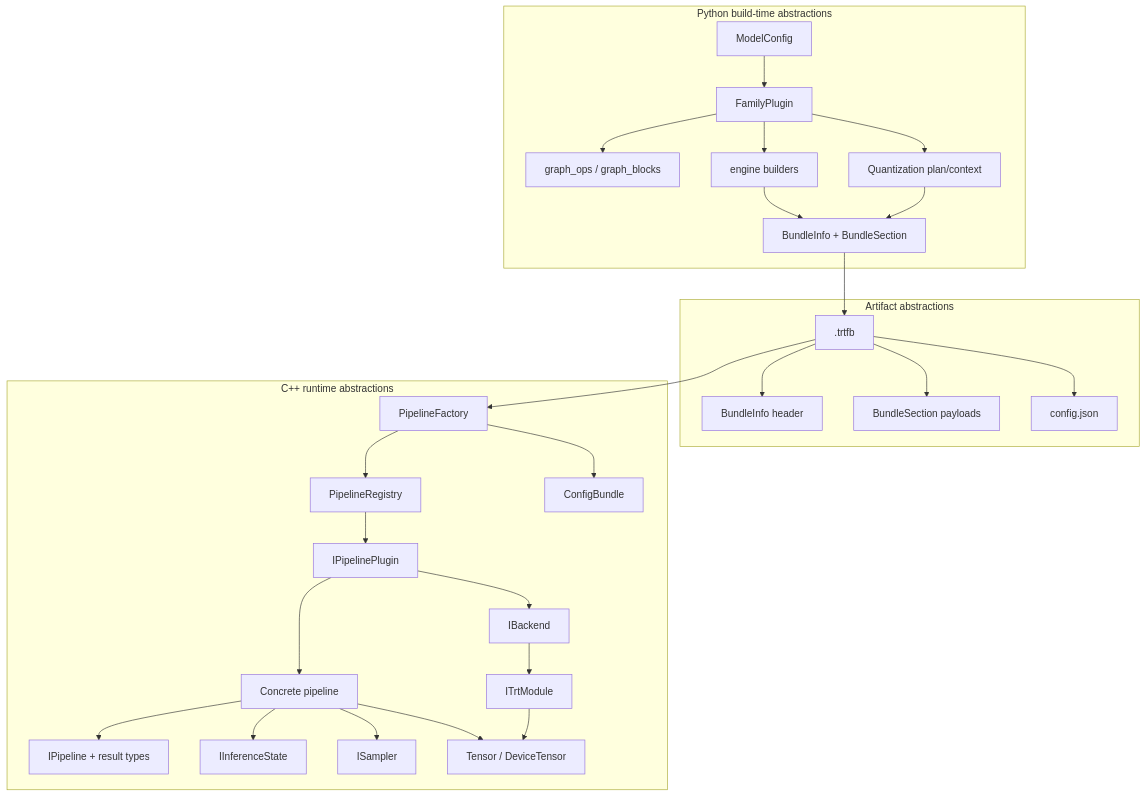
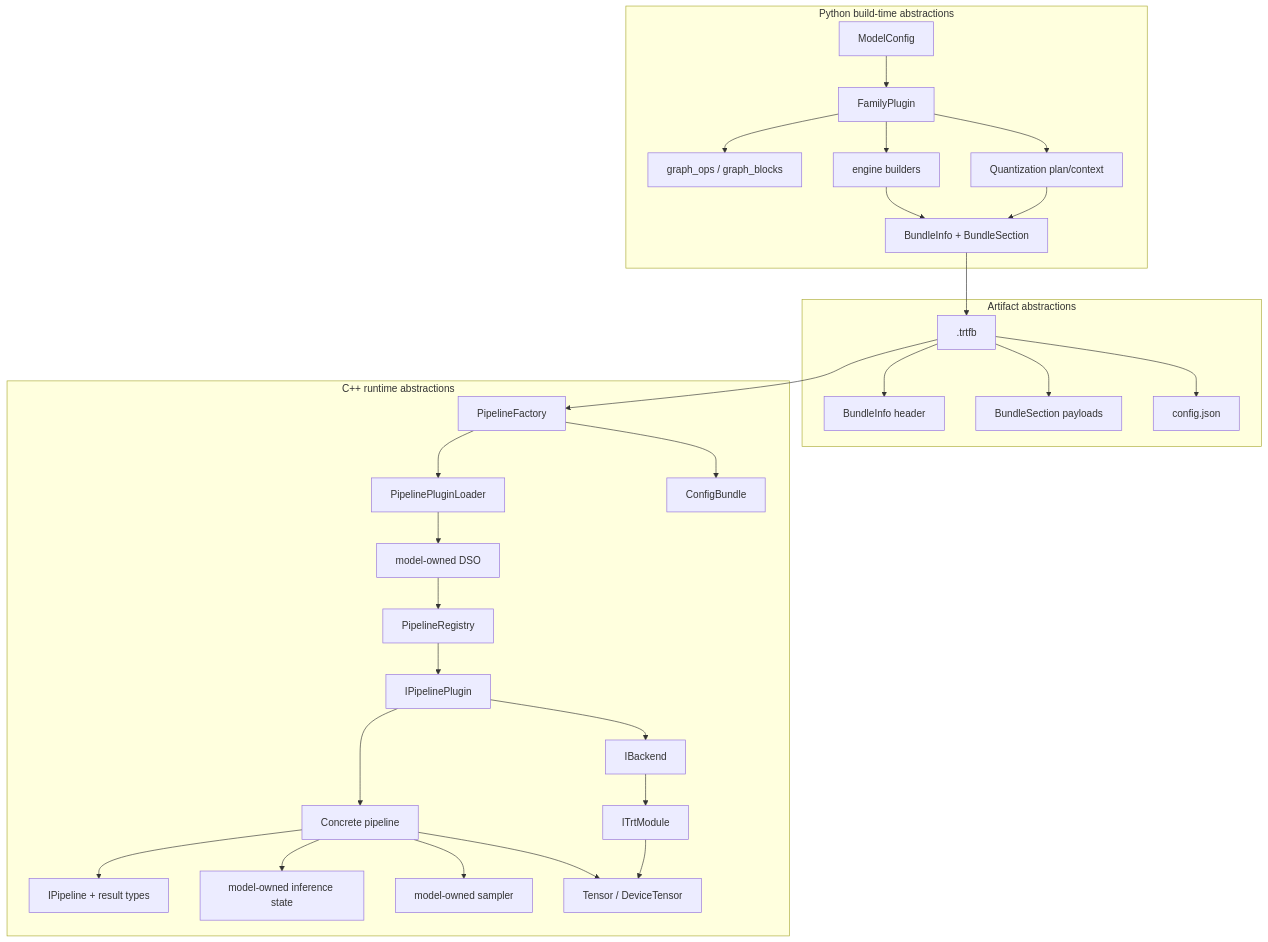
Before and after one commit to NVIDIA/TensorRT-Model-Connect: the second of 4 diagrams in website/docs/unit-design/building-blocks.md, drawn with Mermaid. The commit also changed other lines of this file and 104 other files, not shown here.

First line of the commit message:
docs: align documentation with current architecture

````diff
--- a/website/docs/unit-design/building-blocks.md
+++ b/website/docs/unit-design/building-blocks.md
@@ -43,55 +47,59 @@
 ```mermaid
 flowchart TB
   subgraph Python["Python build-time abstractions"]
     ModelConfig["ModelConfig"]
     FamilyPlugin["FamilyPlugin"]
     GraphOps["graph_ops / graph_blocks"]
     EngineBuilder["engine builders"]
     Quant["Quantization plan/context"]
     BundleWriter["BundleInfo + BundleSection"]
   end
 
   subgraph Artifact["Artifact abstractions"]
     Trtfb[".trtfb"]
     Header["BundleInfo header"]
     Section["BundleSection payloads"]
     ConfigJson["config.json"]
   end
 
   subgraph Cpp["C++ runtime abstractions"]
     API["IPipeline + result types"]
     Factory["PipelineFactory"]
+    Loader["PipelinePluginLoader"]
+    ModelDSO["model-owned DSO"]
     Registry["PipelineRegistry"]
     Plugin["IPipelinePlugin"]
     Backend["IBackend"]
     Module["ITrtModule"]
     Pipeline["Concrete pipeline"]
-    State["IInferenceState"]
-    Sampler["ISampler"]
+    State["model-owned inference state"]
+    Sampler["model-owned sampler"]
     Tensor["Tensor / DeviceTensor"]
     ConfigBundle["ConfigBundle"]
   end
 
   ModelConfig --> FamilyPlugin
   FamilyPlugin --> GraphOps
   FamilyPlugin --> EngineBuilder
   FamilyPlugin --> Quant
   EngineBuilder --> BundleWriter
   Quant --> BundleWriter
   BundleWriter --> Trtfb
   Trtfb --> Header
   Trtfb --> Section
   Trtfb --> ConfigJson
   Trtfb --> Factory
-  Factory --> Registry
   Factory --> ConfigBundle
+  Factory --> Loader
+  Loader --> ModelDSO
+  ModelDSO --> Registry
   Registry --> Plugin
   Plugin --> Backend
   Backend --> Module
   Plugin --> Pipeline
   Pipeline --> API
   Pipeline --> State
   Pipeline --> Sampler
   Pipeline --> Tensor
   Module --> Tensor
 ```
````
